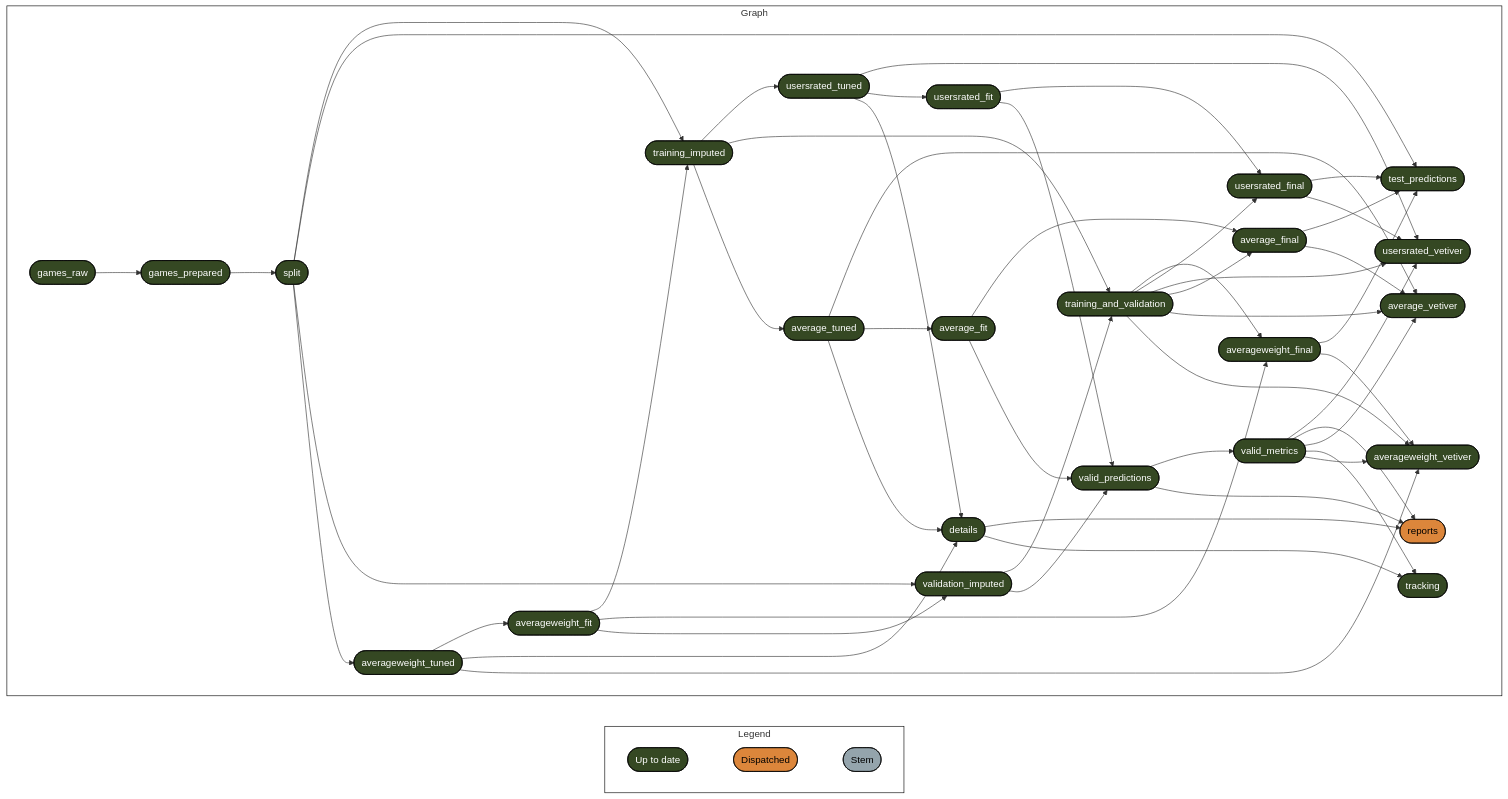
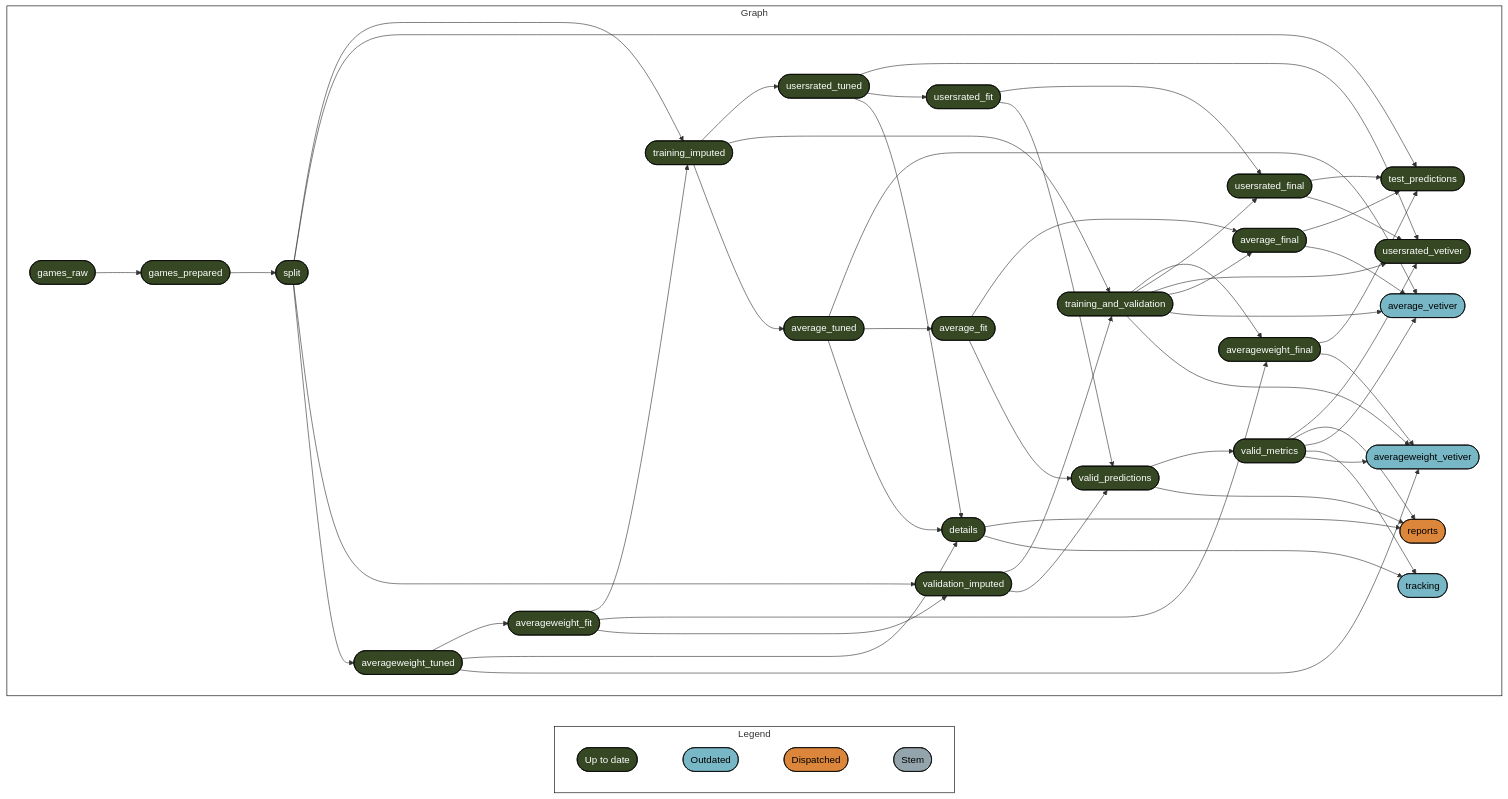
The diagram in docs/results.md (phenrickson/bgg_models), drawn with Mermaid before and after one commit. The commit also changed other lines of this file and 6 other files, not shown here.

````diff
--- a/docs/results.md
+++ b/docs/results.md
@@ -7,66 +7,69 @@
 ``` mermaid
 graph LR
   style Legend fill:#FFFFFF00,stroke:#000000;
   style Graph fill:#FFFFFF00,stroke:#000000;
   subgraph Legend
     direction LR
-    x7420bd9270f8d27d([""Up to date""]):::uptodate --- xa8565c104d8f0705([""Dispatched""]):::dispatched
+    x7420bd9270f8d27d([""Up to date""]):::uptodate --- x0a52b03877696646([""Outdated""]):::outdated
+    x0a52b03877696646([""Outdated""]):::outdated --- xa8565c104d8f0705([""Dispatched""]):::dispatched
     xa8565c104d8f0705([""Dispatched""]):::dispatched --- xbf4603d6c2c2ad6b([""Stem""]):::none
   end
   subgraph Graph
     direction LR
     x04d83687468f3fc4(["averageweight_tuned"]):::uptodate --> x0f34a02bd6ed632f(["averageweight_fit"]):::uptodate
     x170105733f313efa(["training_imputed"]):::uptodate --> x8b18f98f2746942f(["usersrated_tuned"]):::uptodate
     x2b7f0716b8751c70(["games_raw"]):::uptodate --> xe73a0f95bb7c669b(["games_prepared"]):::uptodate
     x0f34a02bd6ed632f(["averageweight_fit"]):::uptodate --> x170105733f313efa(["training_imputed"]):::uptodate
     x6a9d509448f9bd3e(["split"]):::uptodate --> x170105733f313efa(["training_imputed"]):::uptodate
     x0f34a02bd6ed632f(["averageweight_fit"]):::uptodate --> x5a0dca7931d71121(["averageweight_final"]):::uptodate
     xe5bd2d3c6fdf29ae(["training_and_validation"]):::uptodate --> x5a0dca7931d71121(["averageweight_final"]):::uptodate
     x32d592eaf8d082e6(["valid_predictions"]):::uptodate --> xc2507955de0caf4e(["valid_metrics"]):::uptodate
     xe5bd2d3c6fdf29ae(["training_and_validation"]):::uptodate --> xd99568a85da9c31b(["usersrated_final"]):::uptodate
     xd6936e852f1fbe47(["usersrated_fit"]):::uptodate --> xd99568a85da9c31b(["usersrated_final"]):::uptodate
     x51e4cab15d71e6a3(["average_final"]):::uptodate --> x09d4ee9c0cdd997f(["test_predictions"]):::uptodate
     x5a0dca7931d71121(["averageweight_final"]):::uptodate --> x09d4ee9c0cdd997f(["test_predictions"]):::uptodate
     x6a9d509448f9bd3e(["split"]):::uptodate --> x09d4ee9c0cdd997f(["test_predictions"]):::uptodate
     xd99568a85da9c31b(["usersrated_final"]):::uptodate --> x09d4ee9c0cdd997f(["test_predictions"]):::uptodate
     x0f34a02bd6ed632f(["averageweight_fit"]):::uptodate --> x60bd72cb3684ce1d(["validation_imputed"]):::uptodate
     x6a9d509448f9bd3e(["split"]):::uptodate --> x60bd72cb3684ce1d(["validation_imputed"]):::uptodate
     xe73a0f95bb7c669b(["games_prepared"]):::uptodate --> x6a9d509448f9bd3e(["split"]):::uptodate
     xe5bd2d3c6fdf29ae(["training_and_validation"]):::uptodate --> x156a6ed4485a6769(["usersrated_vetiver"]):::uptodate
     xd99568a85da9c31b(["usersrated_final"]):::uptodate --> x156a6ed4485a6769(["usersrated_vetiver"]):::uptodate
     x8b18f98f2746942f(["usersrated_tuned"]):::uptodate --> x156a6ed4485a6769(["usersrated_vetiver"]):::uptodate
     xc2507955de0caf4e(["valid_metrics"]):::uptodate --> x156a6ed4485a6769(["usersrated_vetiver"]):::uptodate
     x170105733f313efa(["training_imputed"]):::uptodate --> xe5bd2d3c6fdf29ae(["training_and_validation"]):::uptodate
     x60bd72cb3684ce1d(["validation_imputed"]):::uptodate --> xe5bd2d3c6fdf29ae(["training_and_validation"]):::uptodate
     x170105733f313efa(["training_imputed"]):::uptodate --> xd0ff2216903615b0(["average_tuned"]):::uptodate
     xc0de7cb1ceaaae9a(["average_fit"]):::uptodate --> x51e4cab15d71e6a3(["average_final"]):::uptodate
     xe5bd2d3c6fdf29ae(["training_and_validation"]):::uptodate --> x51e4cab15d71e6a3(["average_final"]):::uptodate
     x45aff652992a023a(["details"]):::uptodate --> x3c2f8ffacaa45076(["reports"]):::dispatched
     xc2507955de0caf4e(["valid_metrics"]):::uptodate --> x3c2f8ffacaa45076(["reports"]):::dispatched
     x32d592eaf8d082e6(["valid_predictions"]):::uptodate --> x3c2f8ffacaa45076(["reports"]):::dispatched
-    x51e4cab15d71e6a3(["average_final"]):::uptodate --> x1b61a8b8a8b5e6c2(["average_vetiver"]):::uptodate
-    xd0ff2216903615b0(["average_tuned"]):::uptodate --> x1b61a8b8a8b5e6c2(["average_vetiver"]):::uptodate
-    xe5bd2d3c6fdf29ae(["training_and_validation"]):::uptodate --> x1b61a8b8a8b5e6c2(["average_vetiver"]):::uptodate
-    xc2507955de0caf4e(["valid_metrics"]):::uptodate --> x1b61a8b8a8b5e6c2(["average_vetiver"]):::uptodate
+    x51e4cab15d71e6a3(["average_final"]):::uptodate --> x1b61a8b8a8b5e6c2(["average_vetiver"]):::outdated
+    xd0ff2216903615b0(["average_tuned"]):::uptodate --> x1b61a8b8a8b5e6c2(["average_vetiver"]):::outdated
+    xe5bd2d3c6fdf29ae(["training_and_validation"]):::uptodate --> x1b61a8b8a8b5e6c2(["average_vetiver"]):::outdated
+    xc2507955de0caf4e(["valid_metrics"]):::uptodate --> x1b61a8b8a8b5e6c2(["average_vetiver"]):::outdated
     xd0ff2216903615b0(["average_tuned"]):::uptodate --> xc0de7cb1ceaaae9a(["average_fit"]):::uptodate
     x6a9d509448f9bd3e(["split"]):::uptodate --> x04d83687468f3fc4(["averageweight_tuned"]):::uptodate
     xc0de7cb1ceaaae9a(["average_fit"]):::uptodate --> x32d592eaf8d082e6(["valid_predictions"]):::uptodate
     xd6936e852f1fbe47(["usersrated_fit"]):::uptodate --> x32d592eaf8d082e6(["valid_predictions"]):::uptodate
     x60bd72cb3684ce1d(["validation_imputed"]):::uptodate --> x32d592eaf8d082e6(["valid_predictions"]):::uptodate
     x8b18f98f2746942f(["usersrated_tuned"]):::uptodate --> xd6936e852f1fbe47(["usersrated_fit"]):::uptodate
     xd0ff2216903615b0(["average_tuned"]):::uptodate --> x45aff652992a023a(["details"]):::uptodate
     x04d83687468f3fc4(["averageweight_tuned"]):::uptodate --> x45aff652992a023a(["details"]):::uptodate
     x8b18f98f2746942f(["usersrated_tuned"]):::uptodate --> x45aff652992a023a(["details"]):::uptodate
-    x45aff652992a023a(["details"]):::uptodate --> x92c9ab88ae1439d1(["tracking"]):::uptodate
-    xc2507955de0caf4e(["valid_metrics"]):::uptodate --> x92c9ab88ae1439d1(["tracking"]):::uptodate
-    x5a0dca7931d71121(["averageweight_final"]):::uptodate --> xcbeb0ce109eb5b86(["averageweight_vetiver"]):::uptodate
-    x04d83687468f3fc4(["averageweight_tuned"]):::uptodate --> xcbeb0ce109eb5b86(["averageweight_vetiver"]):::uptodate
-    xe5bd2d3c6fdf29ae(["training_and_validation"]):::uptodate --> xcbeb0ce109eb5b86(["averageweight_vetiver"]):::uptodate
-    xc2507955de0caf4e(["valid_metrics"]):::uptodate --> xcbeb0ce109eb5b86(["averageweight_vetiver"]):::uptodate
+    x45aff652992a023a(["details"]):::uptodate --> x92c9ab88ae1439d1(["tracking"]):::outdated
+    xc2507955de0caf4e(["valid_metrics"]):::uptodate --> x92c9ab88ae1439d1(["tracking"]):::outdated
+    x5a0dca7931d71121(["averageweight_final"]):::uptodate --> xcbeb0ce109eb5b86(["averageweight_vetiver"]):::outdated
+    x04d83687468f3fc4(["averageweight_tuned"]):::uptodate --> xcbeb0ce109eb5b86(["averageweight_vetiver"]):::outdated
+    xe5bd2d3c6fdf29ae(["training_and_validation"]):::uptodate --> xcbeb0ce109eb5b86(["averageweight_vetiver"]):::outdated
+    xc2507955de0caf4e(["valid_metrics"]):::uptodate --> xcbeb0ce109eb5b86(["averageweight_vetiver"]):::outdated
   end
   classDef uptodate stroke:#000000,color:#ffffff,fill:#354823;
+  classDef outdated stroke:#000000,color:#000000,fill:#78B7C5;
   classDef dispatched stroke:#000000,color:#000000,fill:#DC863B;
   classDef none stroke:#000000,color:#000000,fill:#94a4ac;
   linkStyle 0 stroke-width:0px;
   linkStyle 1 stroke-width:0px;
+  linkStyle 2 stroke-width:0px;
 ```
````
